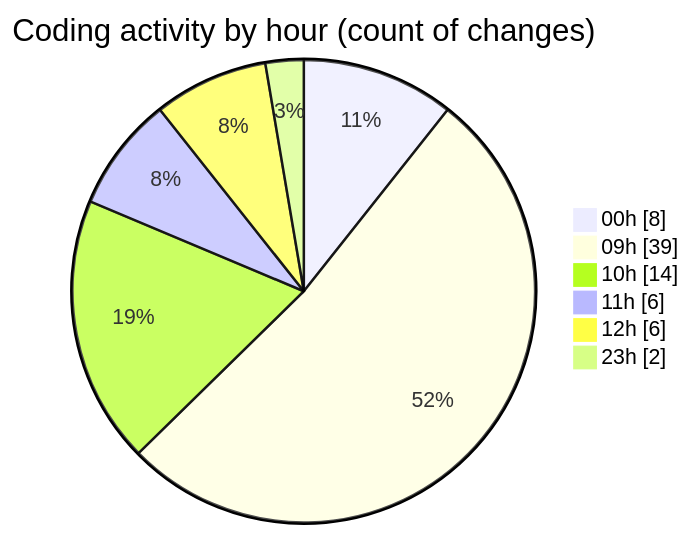
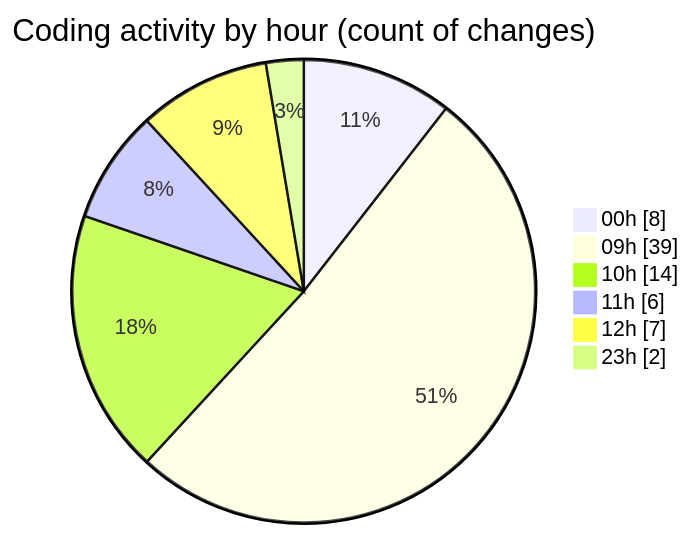
The second of 2 diagrams in 2025-12-18/cda/README.md (momahboobian/code-tracking), drawn with Mermaid before and after one commit. The commit also changed other lines of this file and 1 other file, not shown here.

````diff
--- a/2025-12-18/cda/README.md
+++ b/2025-12-18/cda/README.md
@@ -56,10 +56,10 @@
 ```mermaid
 pie showData
 title Coding activity by hour (count of changes)
 "00h" : 8
 "09h" : 39
 "10h" : 14
 "11h" : 6
-"12h" : 6
+"12h" : 7
 "23h" : 2
 ```
````
